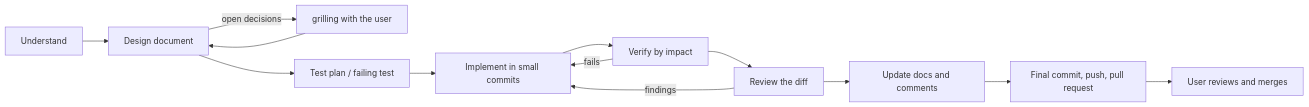
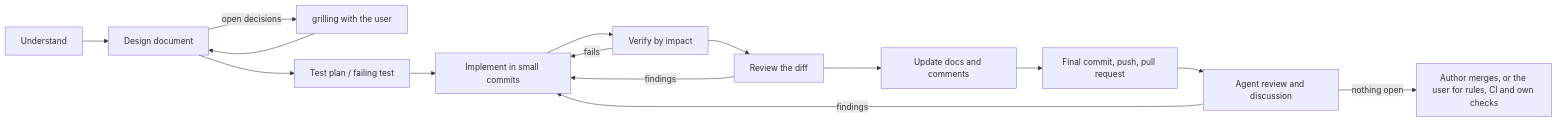
The first of 3 diagrams in docs/workflow.md (SMB-M87/Kinetra), drawn with Mermaid before and after one commit. The commit also changed other lines of this file and 8 other files, not shown here.

First line of the commit message:
feat(workflow): agent review on every pull request, merges under a rule

````diff
--- a/docs/workflow.md
+++ b/docs/workflow.md
@@ -25,15 +25,17 @@
 ```mermaid
 flowchart LR
     U[Understand] --> D[Design document]
     D -->|open decisions| G[grilling with the user]
     G --> D
     D --> T[Test plan / failing test]
     T --> I[Implement in small commits]
     I --> V[Verify by impact]
     V -->|fails| I
     V --> R[Review the diff]
     R -->|findings| I
     R --> Doc[Update docs and comments]
     Doc --> C[Final commit, push, pull request]
-    C --> M[User reviews and merges]
+    C --> AR[Agent review and discussion]
+    AR -->|findings| I
+    AR -->|nothing open| M[Author merges, or the user for rules, CI and own checks]
 ```
````
